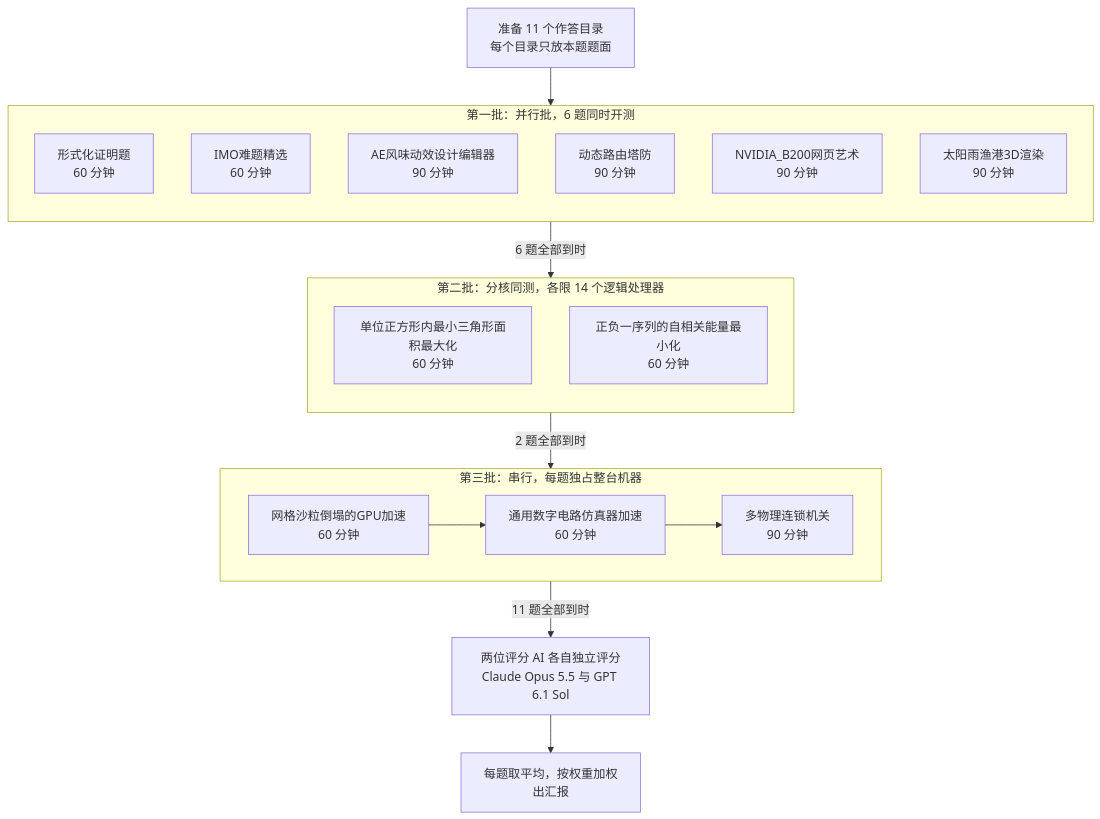
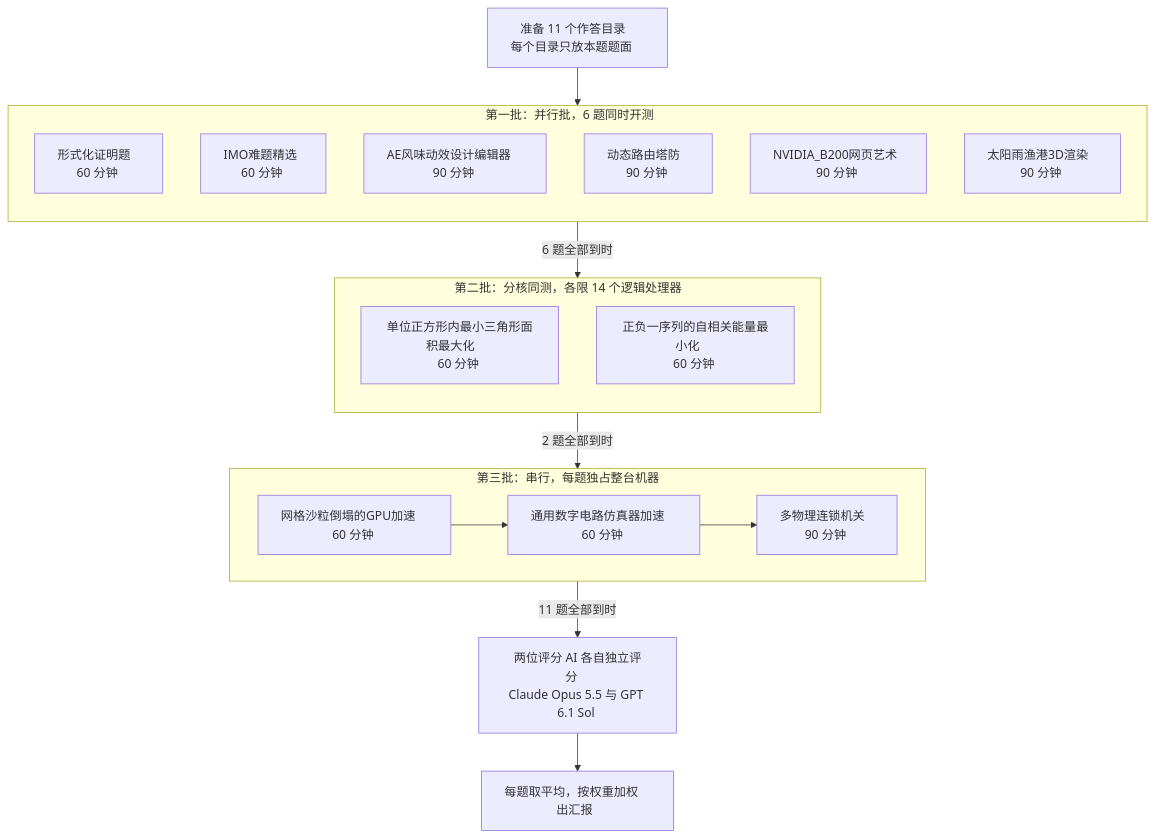
Before and after one commit to Wendystar0628/AI-High-Pressure-Challenge: the first of 3 diagrams in README.md, drawn with Mermaid. The commit also changed other lines of this file, not shown here.

Commit message:
README 的 Mermaid 节点加留白，避免 GitHub 渲染时截断中文

````diff
--- a/README.md
+++ b/README.md
@@ -417,34 +417,34 @@
 ```mermaid
 flowchart TD
-    P["准备 11 个作答目录<br/>每个目录只放本题题面"]
+    P["准备 11 个作答目录#160;#160;#160;<br/>每个目录只放本题题面#160;#160;#160;#160;"]
 
-    subgraph S1["第一批：并行批，6 题同时开测"]
+    subgraph S1["第一批：并行批，6 题同时开测#160;#160;#160;#160;#160;"]
         direction TB
-        T1["形式化证明题<br/>60 分钟"]
-        T2["IMO难题精选<br/>60 分钟"]
-        T3["AE风味动效设计编辑器<br/>90 分钟"]
-        T4["动态路由塔防<br/>90 分钟"]
-        T5["NVIDIA_B200网页艺术<br/>90 分钟"]
-        T6["太阳雨渔港3D渲染<br/>90 分钟"]
+        T1["形式化证明题#160;#160;#160;<br/>60 分钟#160;"]
+        T2["IMO难题精选#160;#160;<br/>60 分钟#160;"]
+        T3["AE风味动效设计编辑器#160;#160;#160;#160;<br/>90 分钟#160;"]
+        T4["动态路由塔防#160;#160;#160;<br/>90 分钟#160;"]
+        T5["NVIDIA_B200网页艺术#160;#160;<br/>90 分钟#160;"]
+        T6["太阳雨渔港3D渲染#160;#160;#160;<br/>90 分钟#160;"]
     end
 
-    subgraph S2["第二批：分核同测，各限 14 个逻辑处理器"]
+    subgraph S2["第二批：分核同测，各限 14 个逻辑处理器#160;#160;#160;#160;#160;#160;"]
         direction TB
-        E1["单位正方形内最小三角形面积最大化<br/>60 分钟"]
-        E2["正负一序列的自相关能量最小化<br/>60 分钟"]
+        E1["单位正方形内最小三角形面积最大化#160;#160;#160;#160;#160;#160;<br/>60 分钟#160;"]
+        E2["正负一序列的自相关能量最小化#160;#160;#160;#160;#160;<br/>60 分钟#160;"]
     end
 
-    subgraph S3["第三批：串行，每题独占整台机器"]
+    subgraph S3["第三批：串行，每题独占整台机器#160;#160;#160;#160;#160;#160;"]
         direction LR
-        Q1["网格沙粒倒塌的GPU加速<br/>60 分钟"] --> Q2["通用数字电路仿真器加速<br/>60 分钟"] --> Q3["多物理连锁机关<br/>90 分钟"]
+        Q1["网格沙粒倒塌的GPU加速#160;#160;#160;#160;<br/>60 分钟#160;"] --> Q2["通用数字电路仿真器加速#160;#160;#160;#160;<br/>60 分钟#160;"] --> Q3["多物理连锁机关#160;#160;#160;<br/>90 分钟#160;"]
     end
 
-    G["两位评分 AI 各自独立评分<br/>Claude Opus 5.5 与 GPT 6.1 Sol"]
-    R["每题取平均，按权重加权<br/>出汇报"]
+    G["两位评分 AI 各自独立评分#160;#160;#160;#160;<br/>Claude Opus 5.5 与 GPT 6.1 Sol#160;"]
+    R["每题取平均，按权重加权#160;#160;#160;#160;<br/>出汇报#160;#160;"]
 
     P --> S1
     S1 -->|"6 题全部到时"| S2
     S2 -->|"2 题全部到时"| S3
     S3 -->|"11 题全部到时"| G
     G --> R
 ```
````
